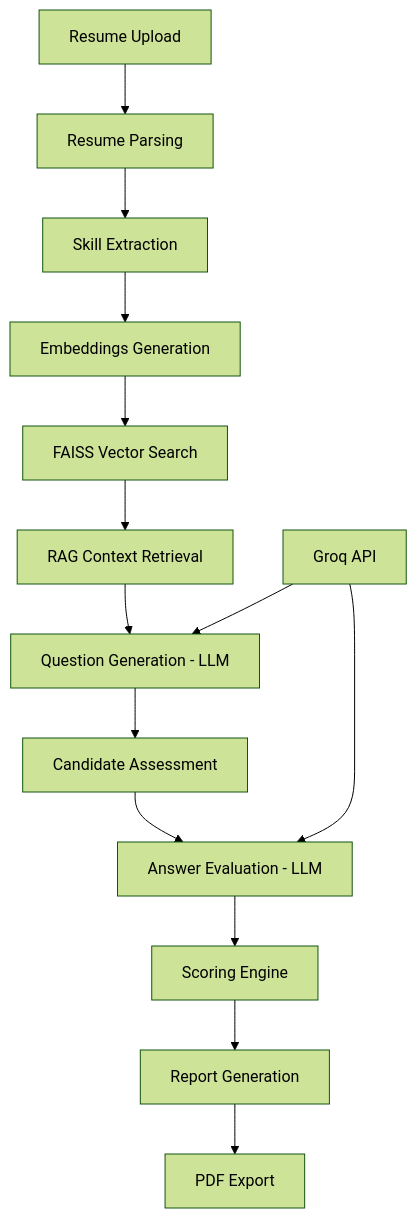
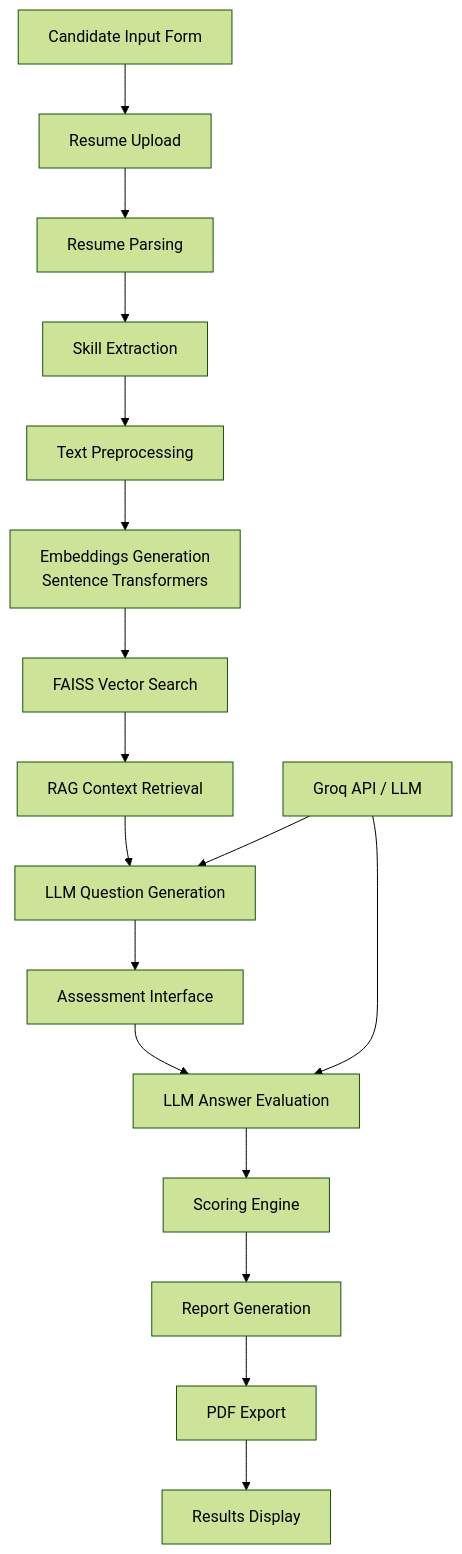
Before and after one commit to gauravsinghoffl/TalentScout-AI: the diagram in README.md, drawn with Mermaid (forest theme).

````diff
--- a/README.md
+++ b/README.md
@@ -43,27 +43,47 @@
 ```mermaid
 flowchart TD
 
-    %% Input Layer
-    A[Resume Upload] --> B[Resume Parsing]
-    B --> C[Skill Extraction]
+    %% UI Layer
+    A[Candidate Input Form]
+    B[Resume Upload]
+    C[Assessment Interface]
+    D[Results Display]
 
-    %% RAG Pipeline
-    C --> D[Embeddings Generation]
-    D --> E[FAISS Vector Search]
-    E --> F[RAG Context Retrieval]
+    %% Processing
+    E[Resume Parsing]
+    F[Skill Extraction]
+    G[Text Preprocessing]
 
-    %% LLM Layer
-    F --> G[Question Generation - LLM]
-    G --> H[Candidate Assessment]
-    H --> I[Answer Evaluation - LLM]
+    %% AI / RAG
+    H[Embeddings Generation<br/>Sentence Transformers]
+    I[FAISS Vector Search]
+    J[RAG Context Retrieval]
+    K[LLM Question Generation]
+    L[LLM Answer Evaluation]
 
-    %% Output Layer
-    I --> J[Scoring Engine]
-    J --> K[Report Generation]
-    K --> L[PDF Export]
+    %% Output
+    M[Scoring Engine]
+    N[Report Generation]
+    O[PDF Export]
+
+    %% Flow
+    A --> B
+    B --> E
+    E --> F
+    F --> G
+    G --> H
+    H --> I
+    I --> J
+    J --> K
+    K --> C
+    C --> L
+    L --> M
+    M --> N
+    N --> O
+    O --> D
 
     %% External
-    M[Groq API]
-    M --> G
-    M --> I
+    P[Groq API / LLM]
+    P --> K
+    P --> L
 ```
````
